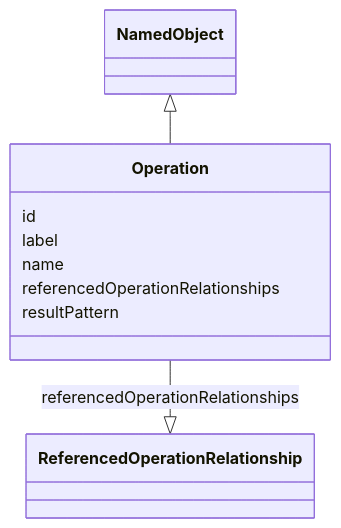
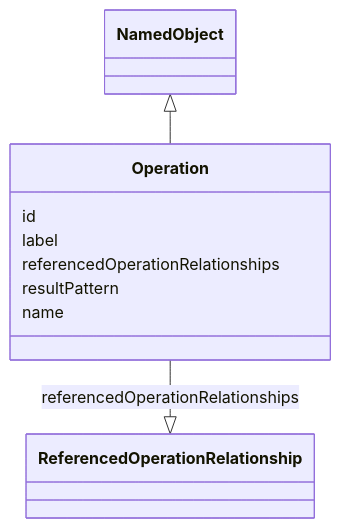
The diagram in project/docs/Operation.md (cdisc-org/analysis-results-standard), drawn with Mermaid before and after one commit. The commit also changed other lines of this file and 192 other files, not shown here.

````diff
--- a/project/docs/Operation.md
+++ b/project/docs/Operation.md
@@ -15,19 +13,13 @@
 ```mermaid
  classDiagram
     class Operation
       NamedObject <|-- Operation
-      
+
       Operation : id
+        Operation : label
+        Operation : referencedOperationRelationships
+        Operation --|> ReferencedOperationRelationship : referencedOperationRelationships
+        Operation : resultPattern
+        Operation : name
         
-      Operation : label
-        
-      Operation : name
-        
-      Operation : referencedOperationRelationships
-        
-          Operation --|> ReferencedOperationRelationship : referencedOperationRelationships
-        
-      Operation : resultPattern
-        
-      
 ```
````
